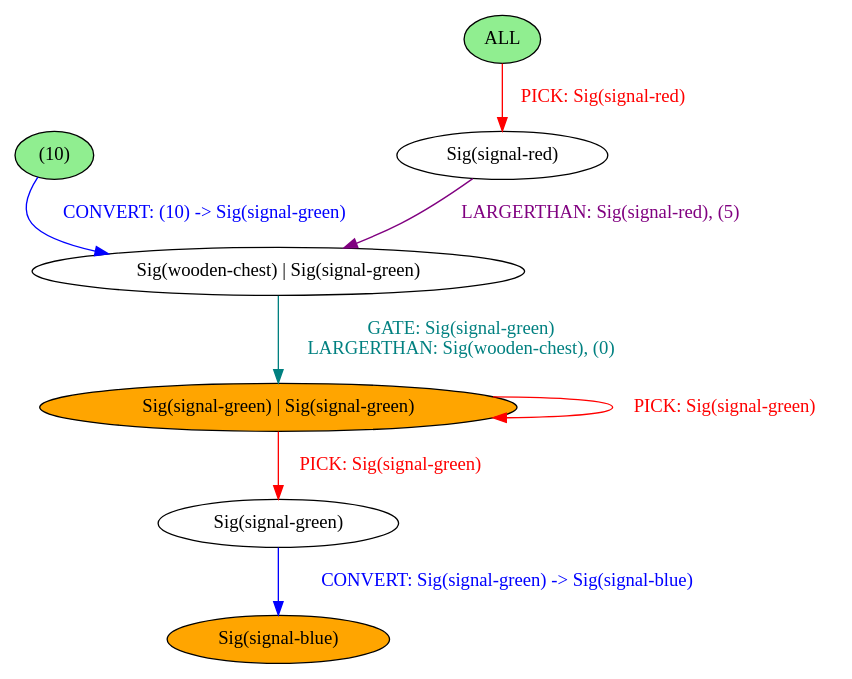
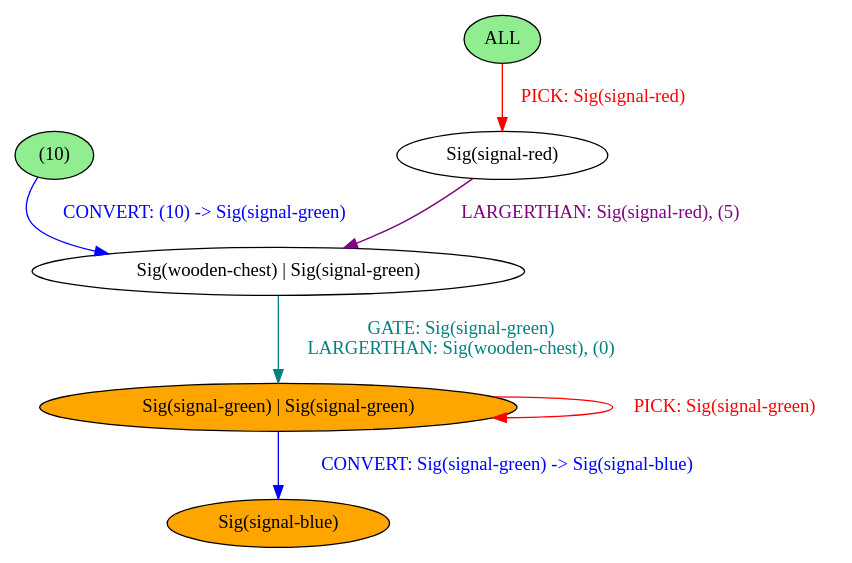
The diagram in chef/example_outputs/when.dot (BalderHolst/chef), drawn with Graphviz before and after one commit. The commit also changed 10 other files, not shown here.

Commit message:
Update and check new compiled dot graphs

```diff
--- a/chef/example_outputs/when.dot
+++ b/chef/example_outputs/when.dot
@@ -1,18 +1,16 @@
 strict digraph {
 	nodesep=1
 	4	[style=filled fillcolor=white label="Sig(signal-red)"]
 	7	[style=filled fillcolor=white label="Sig(wooden-chest) | Sig(signal-green)"]
 	6	[style=filled fillcolor=lightgreen label="(10)"]
 	1	[style=filled fillcolor=orange label="Sig(signal-green) | Sig(signal-green)"]
 	0	[style=filled fillcolor=lightgreen label="ALL"]
-	9	[style=filled fillcolor=orange label="Sig(signal-blue)"]
-	8	[style=filled fillcolor=white label="Sig(signal-green)"]
+	8	[style=filled fillcolor=orange label="Sig(signal-blue)"]
 	4 -> 7	[label="LARGERTHAN: Sig(signal-red), (5)" color=purple fontcolor=purple]
 	7 -> 1	[label="GATE: Sig(signal-green)
 LARGERTHAN: Sig(wooden-chest), (0)" color=teal fontcolor=teal]
 	6 -> 7	[label="CONVERT: (10) -> Sig(signal-green)" color=blue fontcolor=blue]
 	1 -> 1	[label="PICK: Sig(signal-green)" color=red fontcolor=red]
-	1 -> 8	[label="PICK: Sig(signal-green)" color=red fontcolor=red]
+	1 -> 8	[label="CONVERT: Sig(signal-green) -> Sig(signal-blue)" color=blue fontcolor=blue]
 	0 -> 4	[label="PICK: Sig(signal-red)" color=red fontcolor=red]
-	8 -> 9	[label="CONVERT: Sig(signal-green) -> Sig(signal-blue)" color=blue fontcolor=blue]
 }
```
